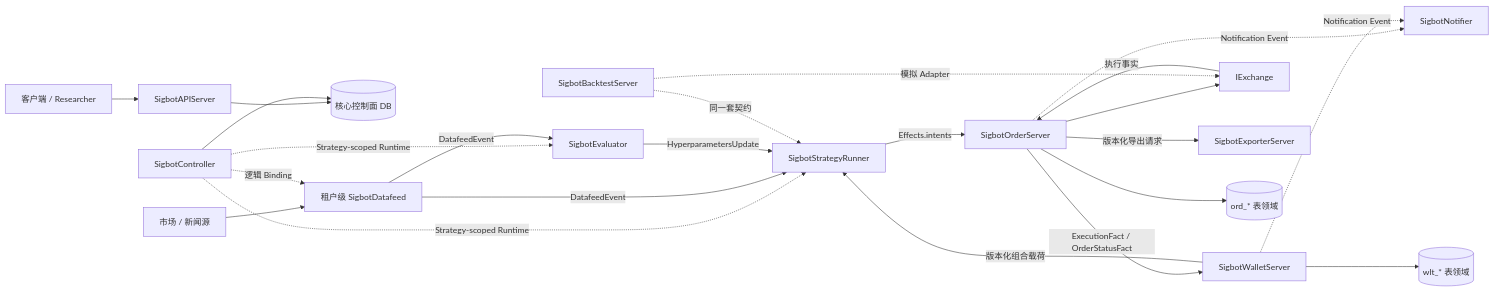
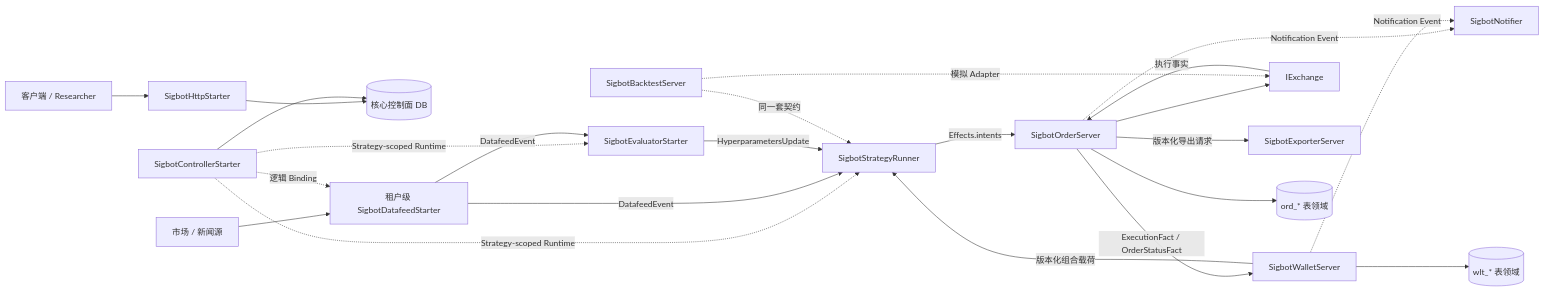
One commit to sigbot-labs/sigbot-core changed the diagram in docs/architecture/overview_ZH.md. Above: the diagram before and after it, drawn with Mermaid. The commit also changed other lines of this file and 320 other files, not shown here.

````diff
--- a/docs/architecture/overview_ZH.md
+++ b/docs/architecture/overview_ZH.md
@@ -17,29 +17,29 @@
 ```mermaid
 flowchart LR
-    Clients[客户端 / Researcher] --> API[SigbotAPIServer]
+    Clients[客户端 / Researcher] --> API[SigbotHttpStarter]
     API --> CoreDB[(核心控制面 DB)]
-    Controller[SigbotController] --> CoreDB
+    Controller[SigbotControllerStarter] --> CoreDB
 
-    Sources[市场 / 新闻源] --> Datafeed[租户级 SigbotDatafeed]
+    Sources[市场 / 新闻源] --> Datafeed[租户级 SigbotDatafeedStarter]
     Controller -. 逻辑 Binding .-> Datafeed
-    Controller -. Strategy-scoped Runtime .-> Evaluator[SigbotEvaluator]
+    Controller -. Strategy-scoped Runtime .-> Evaluator[SigbotEvaluatorStarter]
     Controller -. Strategy-scoped Runtime .-> Strategy[SigbotStrategyRunner]
 
     Datafeed -->|DatafeedEvent| Evaluator
     Datafeed -->|DatafeedEvent| Strategy
     Evaluator -->|HyperparametersUpdate| Strategy
     Wallet[SigbotWalletServer] -->|版本化组合载荷| Strategy
     Strategy -->|Effects.intents| Order[SigbotOrderServer]
     Order --> Exchange[IExchange]
     Exchange -->|执行事实| Order
     Order -->|ExecutionFact / OrderStatusFact| Wallet
     Order -->|版本化导出请求| Exporter[SigbotExporterServer]
     Order -. Notification Event .-> Notifier[SigbotNotifier]
     Wallet -. Notification Event .-> Notifier
 
     Order --> OrderDB[(ord_* 表领域)]
     Wallet --> WalletDB[(wlt_* 表领域)]
 
     Backtest[SigbotBacktestServer] -. 同一套契约 .-> Strategy
     Backtest -. 模拟 Adapter .-> Exchange
 ```
````
